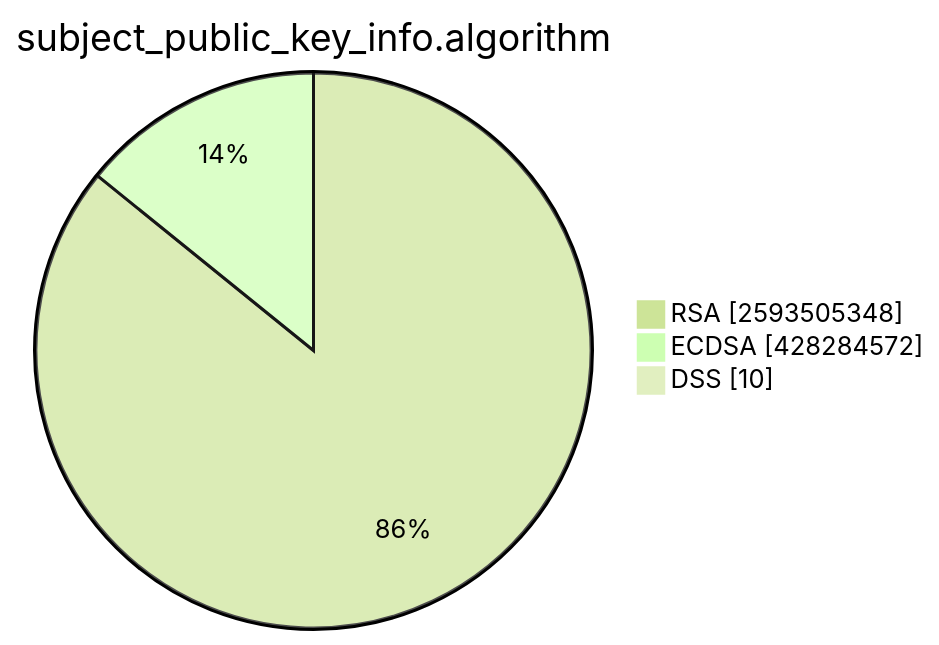
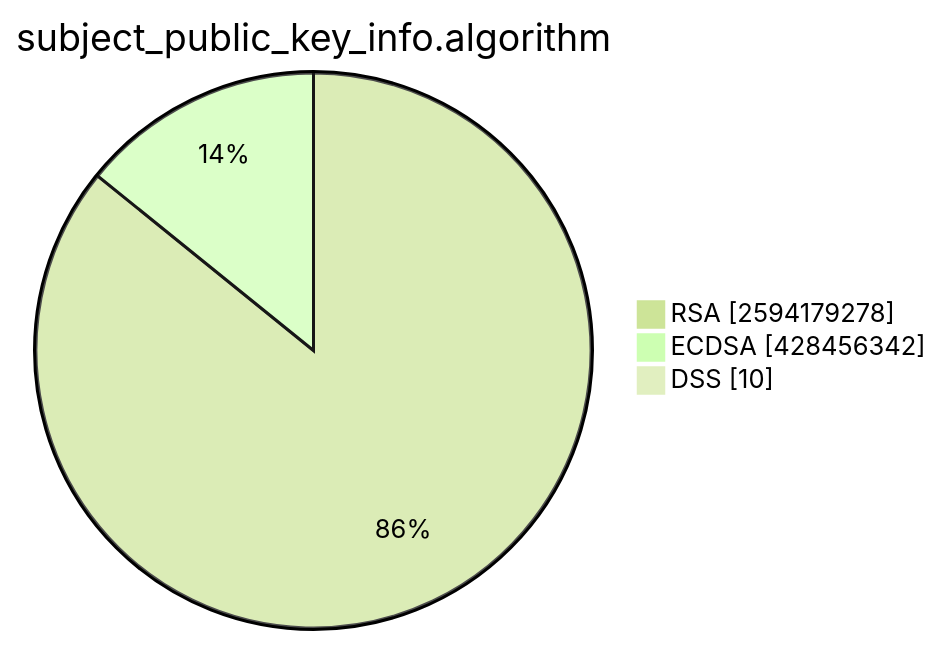
Before and after one commit to christiankrug/ctmonitor_visualization: the second of 15 diagrams in TOTAL/README.md, drawn with Mermaid (forest theme). The commit also changed other lines of this file, not shown here.

````diff
--- a/TOTAL/README.md
+++ b/TOTAL/README.md
@@ -6,7 +6,7 @@
 ```mermaid
 pie showData
 title subject_public_key_info.algorithm
-"RSA" :2593505348
-"ECDSA" :428284572
+"RSA" :2594179278
+"ECDSA" :428456342
 "DSS" :10
 ```
````
